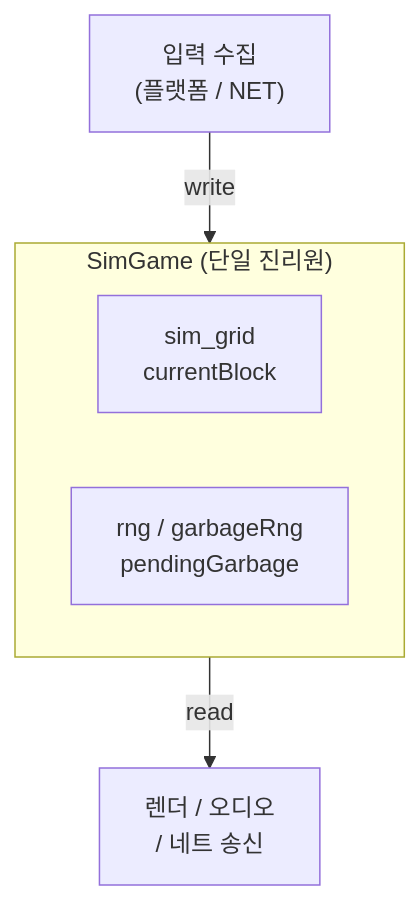
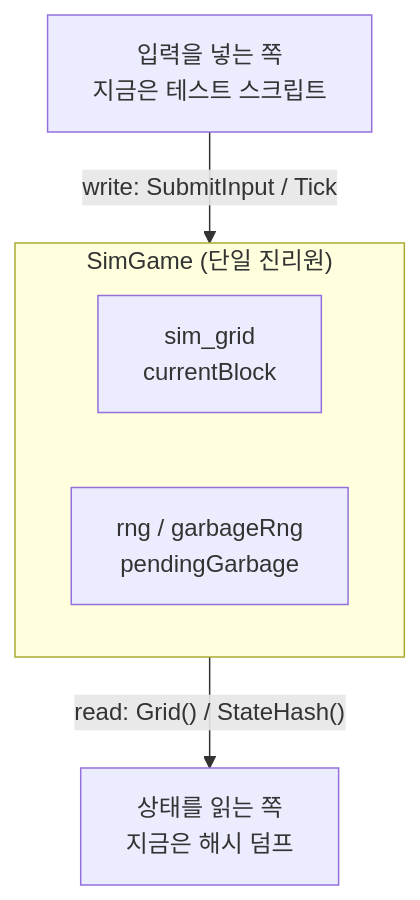
The sixth of 9 diagrams in docs/blog/part1-deterministic-simulation.md (Rein-ArXiv/Tetris-Multiplayer-RL), drawn with Mermaid before and after one commit. The commit also changed other lines of this file and 41 other files, not shown here.

````diff
--- a/docs/blog/part1-deterministic-simulation.md
+++ b/docs/blog/part1-deterministic-simulation.md
@@ -1046,13 +1232,13 @@
 ```mermaid
 graph TB
     subgraph Sim["SimGame (단일 진리원)"]
         S1["sim_grid<br/>currentBlock"]
         S2["rng / garbageRng<br/>pendingGarbage"]
     end
 
-    Input["입력 수집<br/>(플랫폼 / NET)"]
-    Output["렌더 / 오디오<br/>/ 네트 송신"]
+    Input["입력을 넣는 쪽<br/>지금은 테스트 스크립트"]
+    Output["상태를 읽는 쪽<br/>지금은 해시 덤프"]
 
-    Input -- write --> Sim
-    Sim -- read --> Output
+    Input -- "write: SubmitInput / Tick" --> Sim
+    Sim -- "read: Grid() / StateHash()" --> Output
 ```
````
